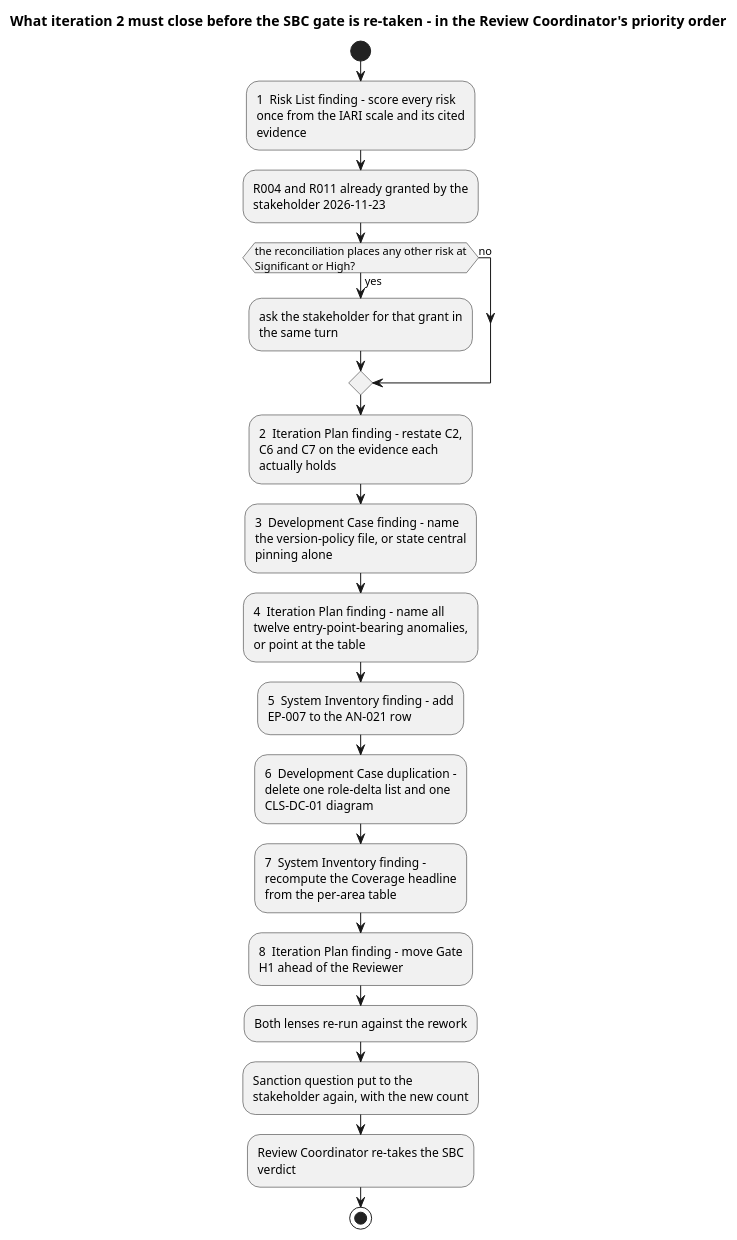
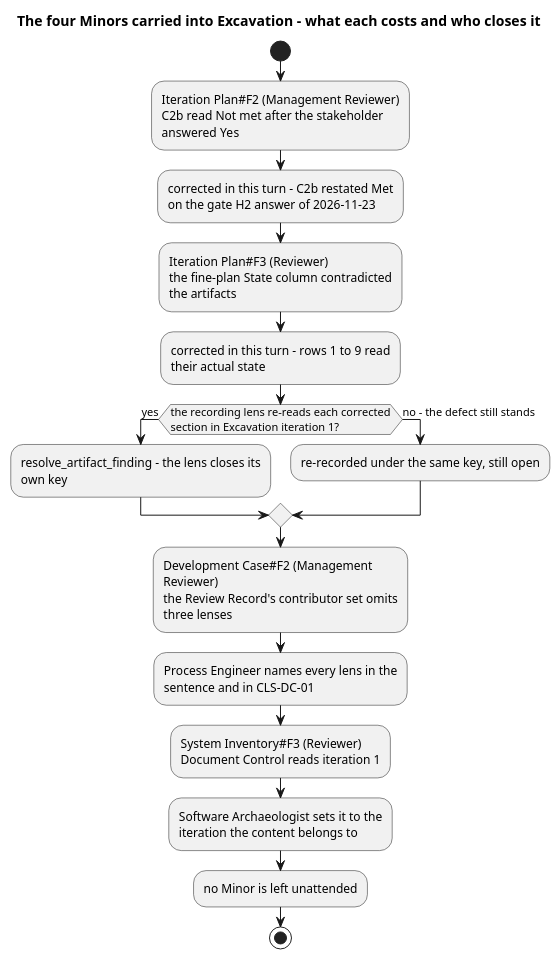
The fourth of 4 diagrams in docs/artifacts/project-management/iteration-assessment.md (banense-test/TodoApp), drawn with PlantUML before and after one commit. The commit also changed other lines of this file, not shown here.

Commit message:
Project Manager [Survey2]: upsert Iteration Assessment
[skip ci]

````diff
--- a/docs/artifacts/project-management/iteration-assessment.md
+++ b/docs/artifacts/project-management/iteration-assessment.md
@@ -296,27 +296,28 @@
 ```plantuml
 @startuml
-title What iteration 2 must close before the SBC gate is re-taken - in the Review Coordinator's priority order
-
+title The four Minors carried into Excavation - what each costs and who closes it
 skinparam shadowing false
-skinparam wrapWidth 220
+skinparam wrapWidth 240
 
 start
-:1  Risk List finding - score every risk once from the IARI scale and its cited evidence;
-:R004 and R011 already granted by the stakeholder 2026-11-23;
-if (the reconciliation places any other risk at Significant or High?) then (yes)
-  :ask the stakeholder for that grant in the same turn;
-else (no)
+:Iteration Plan#F2 (Management Reviewer)
+C2b read Not met after the stakeholder answered Yes;
+:corrected in this turn - C2b restated Met on the gate H2 answer of 2026-11-23;
+:Iteration Plan#F3 (Reviewer)
+the fine-plan State column contradicted the artifacts;
+:corrected in this turn - rows 1 to 9 read their actual state;
+if (the recording lens re-reads each corrected section in Excavation iteration 1?) then (yes)
+  :resolve_artifact_finding - the lens closes its own key;
+else (no - the defect still stands)
+  :re-recorded under the same key, still open;
 endif
-:2  Iteration Plan finding - restate C2, C6 and C7 on the evidence each actually holds;
-:3  Development Case finding - name the version-policy file, or state central pinning alone;
-:4  Iteration Plan finding - name all twelve entry-point-bearing anomalies, or point at the table;
-:5  System Inventory finding - add EP-007 to the AN-021 row;
-:6  Development Case duplication - delete one role-delta list and one CLS-DC-01 diagram;
-:7  System Inventory finding - recompute the Coverage headline from the per-area table;
-:8  Iteration Plan finding - move Gate H1 ahead of the Reviewer;
-:Both lenses re-run against the rework;
-:Sanction question put to the stakeholder again, with the new count;
-:Review Coordinator re-takes the SBC verdict;
+:Development Case#F2 (Management Reviewer)
+the Review Record's contributor set omits three lenses;
+:Process Engineer names every lens in the sentence and in CLS-DC-01;
+:System Inventory#F3 (Reviewer)
+Document Control reads iteration 1;
+:Software Archaeologist sets it to the iteration the content belongs to;
+:no Minor is left unattended;
 stop
 @enduml
 ```
````
